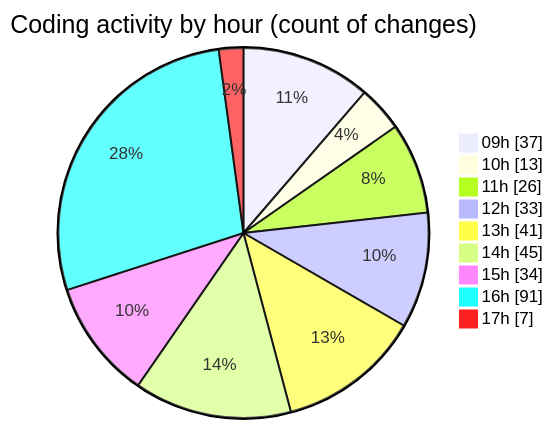
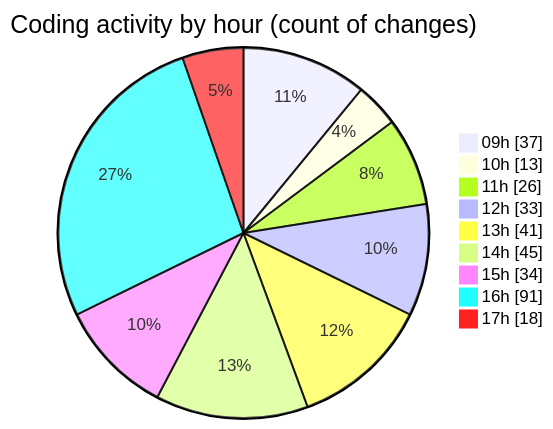
Before and after one commit to momahboobian/code-tracking: the second of 2 diagrams in 2026-04-23/cda/README.md, drawn with Mermaid. The commit also changed other lines of this file and 1 other file, not shown here.

````diff
--- a/2026-04-23/cda/README.md
+++ b/2026-04-23/cda/README.md
@@ -56,13 +56,13 @@
 ```mermaid
 pie showData
 title Coding activity by hour (count of changes)
 "09h" : 37
 "10h" : 13
 "11h" : 26
 "12h" : 33
 "13h" : 41
 "14h" : 45
 "15h" : 34
 "16h" : 91
-"17h" : 7
+"17h" : 18
 ```
````
